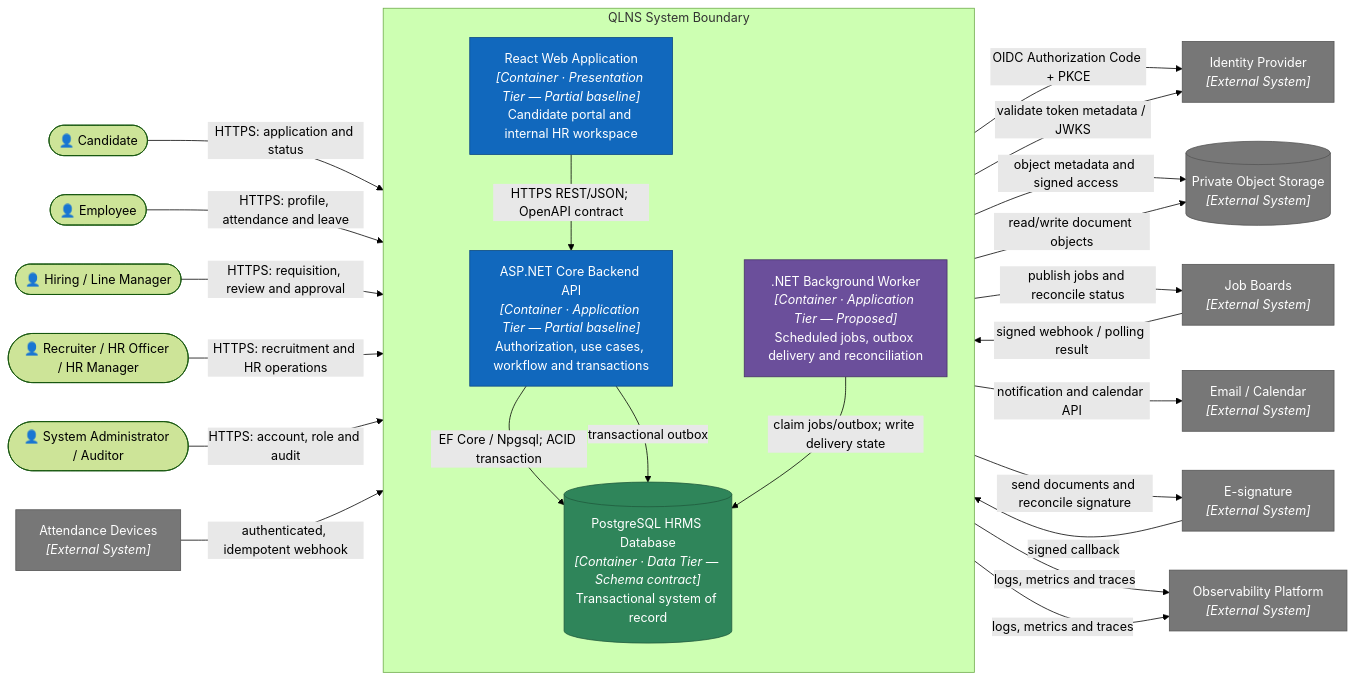
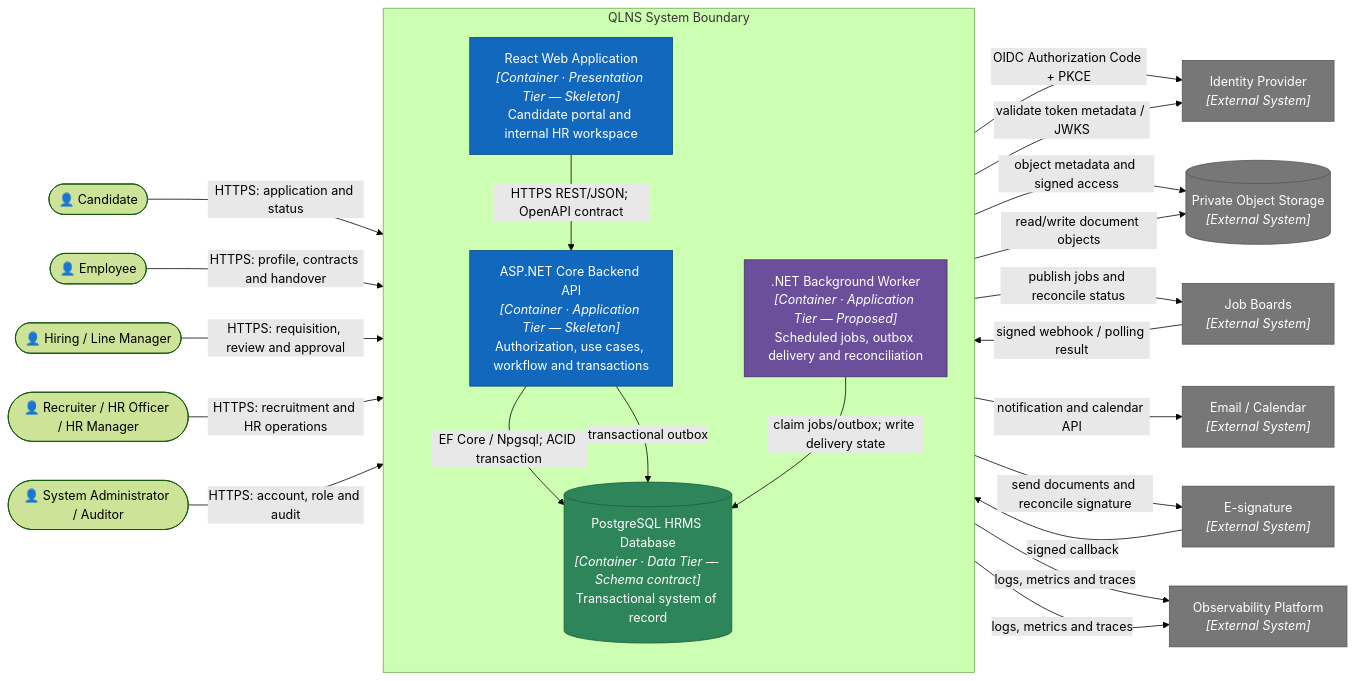
One commit to nvdat16/QLNS changed the third of 12 diagrams in docs/architecture.md. Above: the diagram before and after it, drawn with Mermaid (forest theme). The commit also changed other lines of this file and 20 other files, not shown here.

````diff
--- a/docs/architecture.md
+++ b/docs/architecture.md
@@ -163,57 +159,55 @@
 ```mermaid
 flowchart LR
     candidate(["👤 Candidate"])
     employee(["👤 Employee"])
     manager(["👤 Hiring / Line Manager"])
     hr(["👤 Recruiter / HR Officer / HR Manager"])
     admin(["👤 System Administrator / Auditor"])
 
     subgraph system["QLNS System Boundary"]
         direction TB
-        web["React Web Application<br/><i>[Container · Presentation Tier — Partial baseline]</i><br/>Candidate portal and internal HR workspace"]
-        api["ASP.NET Core Backend API<br/><i>[Container · Application Tier — Partial baseline]</i><br/>Authorization, use cases, workflow and transactions"]
+        web["React Web Application<br/><i>[Container · Presentation Tier — Skeleton]</i><br/>Candidate portal and internal HR workspace"]
+        api["ASP.NET Core Backend API<br/><i>[Container · Application Tier — Skeleton]</i><br/>Authorization, use cases, workflow and transactions"]
         worker[".NET Background Worker<br/><i>[Container · Application Tier — Proposed]</i><br/>Scheduled jobs, outbox delivery and reconciliation"]
         db[("PostgreSQL HRMS Database<br/><i>[Container · Data Tier — Schema contract]</i><br/>Transactional system of record")]
     end
 
     idp["Identity Provider<br/><i>[External System]</i>"]
     jobboards["Job Boards<br/><i>[External System]</i>"]
     comms["Email / Calendar<br/><i>[External System]</i>"]
     esign["E-signature<br/><i>[External System]</i>"]
-    devices["Attendance Devices<br/><i>[External System]</i>"]
     objects[("Private Object Storage<br/><i>[External System]</i>")]
     observe["Observability Platform<br/><i>[External System]</i>"]
 
     candidate -->|"HTTPS: application and status"| web
-    employee -->|"HTTPS: profile, attendance and leave"| web
+    employee -->|"HTTPS: profile, contracts and handover"| web
     manager -->|"HTTPS: requisition, review and approval"| web
     hr -->|"HTTPS: recruitment and HR operations"| web
     admin -->|"HTTPS: account, role and audit"| web
 
     web -->|"HTTPS REST/JSON; OpenAPI contract"| api
     web -->|"OIDC Authorization Code + PKCE"| idp
     api -->|"validate token metadata / JWKS"| idp
     api -->|"EF Core / Npgsql; ACID transaction"| db
     api -->|"object metadata and signed access"| objects
     api -->|"transactional outbox"| db
-    devices -->|"authenticated, idempotent webhook"| api
     jobboards -->|"signed webhook / polling result"| api
     esign -->|"signed callback"| api
 
     worker -->|"claim jobs/outbox; write delivery state"| db
     worker -->|"publish jobs and reconcile status"| jobboards
     worker -->|"notification and calendar API"| comms
     worker -->|"send documents and reconcile signature"| esign
     worker -->|"read/write document objects"| objects
     api -->|"logs, metrics and traces"| observe
     worker -->|"logs, metrics and traces"| observe
 
     classDef partial fill:#1168bd,color:#fff,stroke:#0b4884
     classDef proposed fill:#6b4f9b,color:#fff,stroke:#463267
     classDef contract fill:#2f855a,color:#fff,stroke:#1f5b3d
     classDef external fill:#777,color:#fff,stroke:#555
     class web,api partial
     class worker proposed
     class db contract
-    class idp,jobboards,comms,esign,devices,objects,observe external
+    class idp,jobboards,comms,esign,objects,observe external
 ```
````
